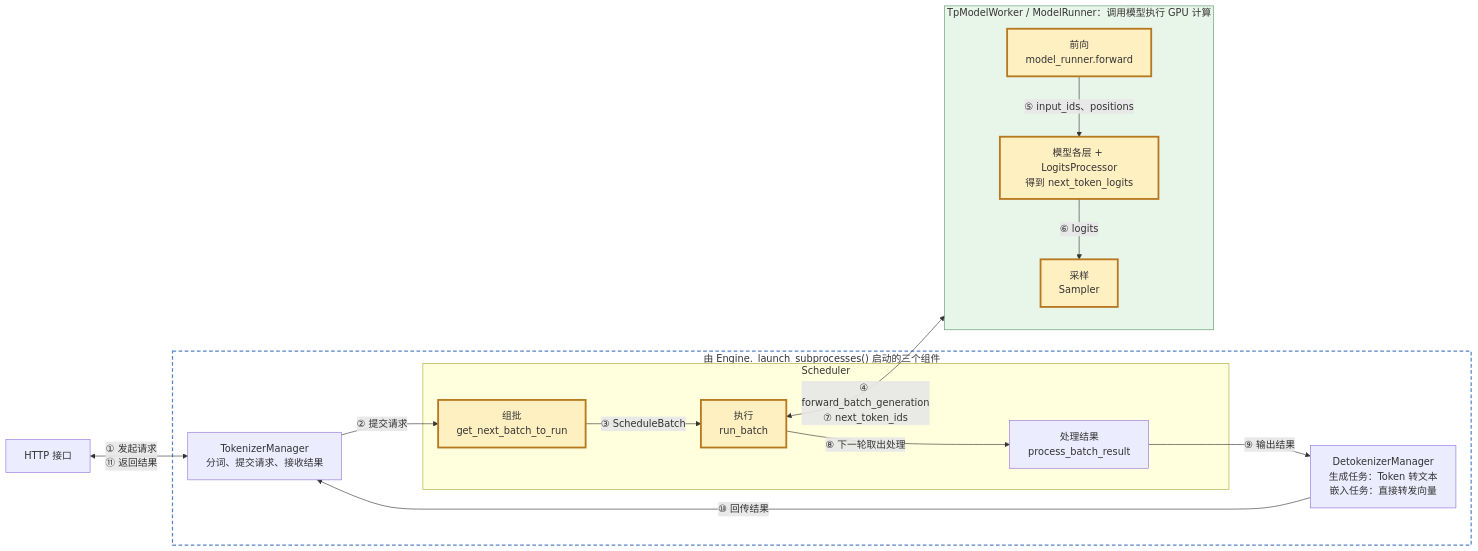
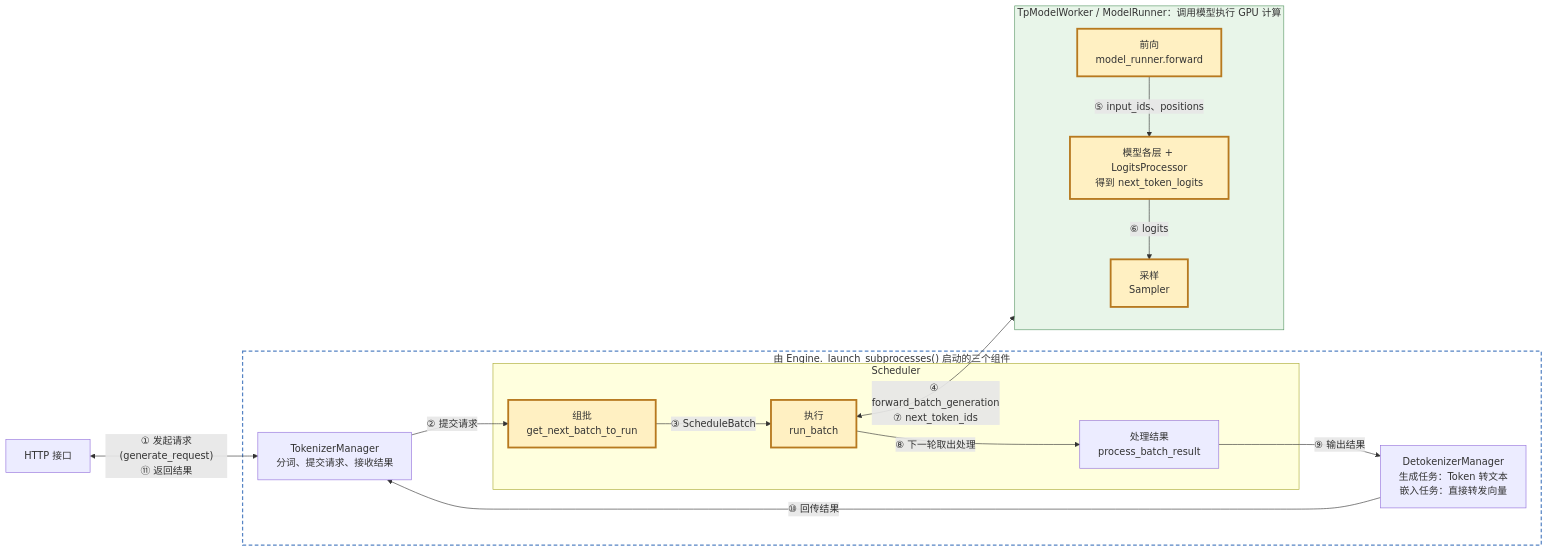
One commit to dugenkui03/sglang changed the second of 9 diagrams in user_guide_zh/基础知识二：一次推理的全过程（启动、组批、前向与采样）.md. Above: the diagram before and after it, drawn with Mermaid. The commit also changed other lines of this file and 11 other files, not shown here.

````diff
--- a/user_guide_zh/基础知识二：一次推理的全过程（启动、组批、前向与采样）.md
+++ b/user_guide_zh/基础知识二：一次推理的全过程（启动、组批、前向与采样）.md
@@ -61,32 +64,32 @@
 ```mermaid
 flowchart LR
     H["HTTP 接口"]
     subgraph Components["由 Engine._launch_subprocesses() 启动的三个组件"]
         T["TokenizerManager<br/>分词、提交请求、接收结果"]
         subgraph S["Scheduler"]
             GB["组批<br/>get_next_batch_to_run"]
             RB["执行<br/>run_batch"]
             PR["处理结果<br/>process_batch_result"]
         end
         D["DetokenizerManager<br/>生成任务：Token 转文本<br/>嵌入任务：直接转发向量"]
         T -->|"② 提交请求"| GB
         GB -->|"③ ScheduleBatch"| RB
         RB -->|"⑧ 下一轮取出处理"| PR
         PR -->|"⑨ 输出结果"| D
         D -->|"⑩ 回传结果"| T
     end
     subgraph M["TpModelWorker / ModelRunner：调用模型执行 GPU 计算"]
         direction TB
         FW["前向<br/>model_runner.forward"]
         LP["模型各层 + LogitsProcessor<br/>得到 next_token_logits"]
         SP["采样<br/>Sampler"]
         FW -->|"⑤ input_ids、positions"| LP
         LP -->|"⑥ logits"| SP
     end
-    H <-->|"① 发起请求<br/>⑪ 返回结果"| T
+    H <-->|"① 发起请求(generate_request)<br/>⑪ 返回结果"| T
     RB <-->|"④ forward_batch_generation<br/>⑦ next_token_ids"| M
     style Components fill:none,stroke:#5684c4,stroke-width:2px,stroke-dasharray:6 4
     style M fill:#e8f5e9,stroke:#589765
     classDef cur fill:#fff0c2,stroke:#b7791f,stroke-width:3px
     class GB,RB,FW,LP,SP cur
 ```
````
